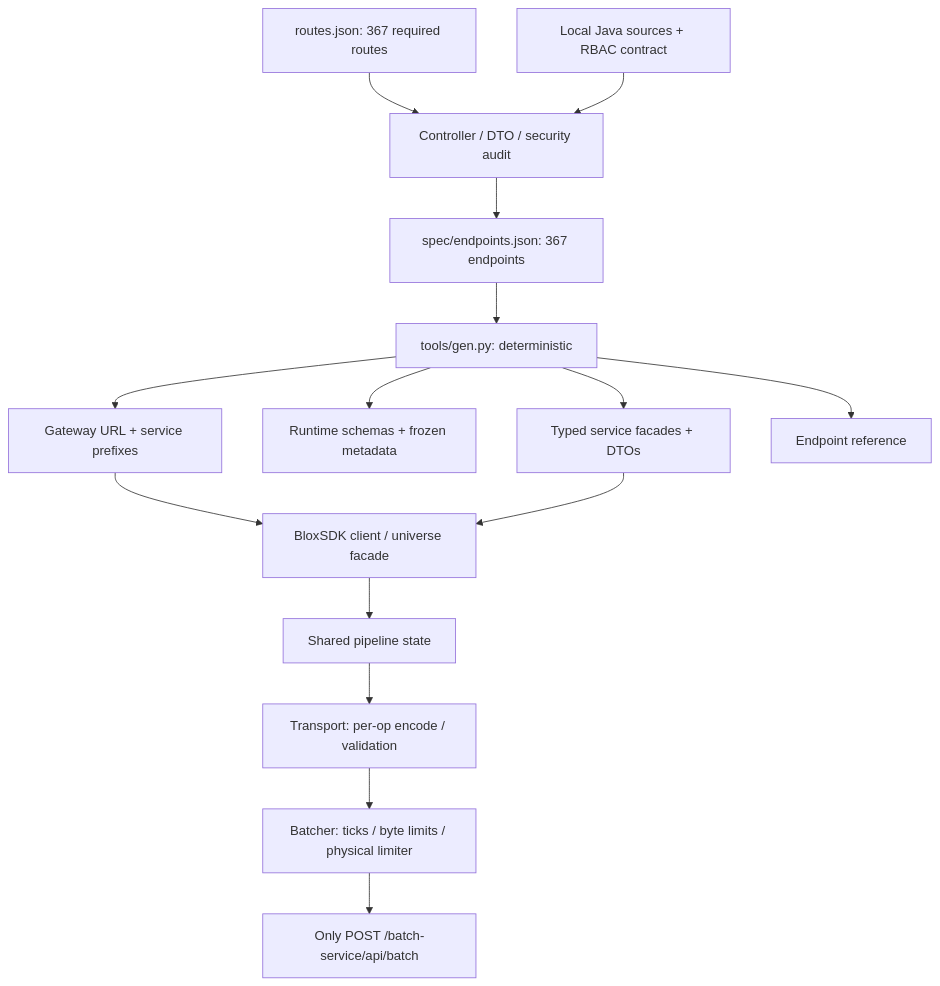
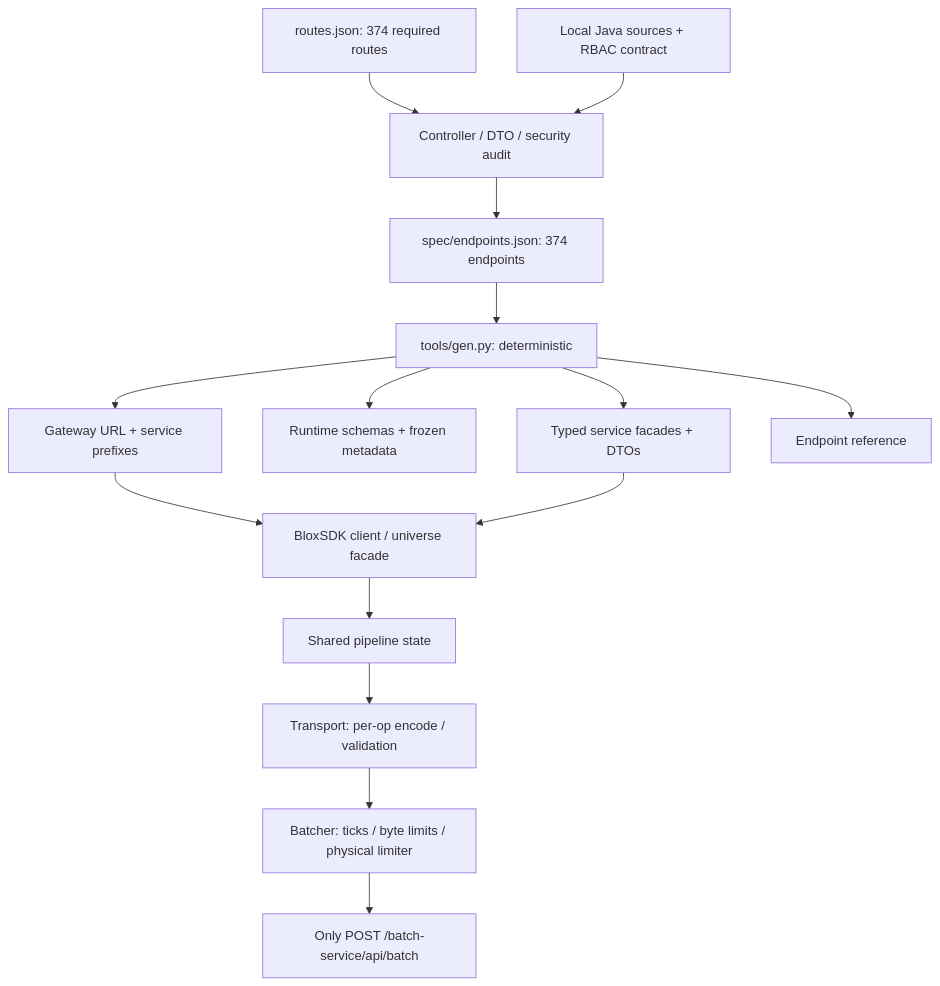
Before and after one commit to samjay22/blox-sdk: the second of 2 diagrams in docs/ARCHITECTURE.md, drawn with Mermaid. The commit also changed other lines of this file and 76 other files, not shown here.

````diff
--- a/docs/ARCHITECTURE.md
+++ b/docs/ARCHITECTURE.md
@@ -32,17 +32,17 @@
 ```mermaid
 flowchart TD
-  Routes[routes.json: 367 required routes] --> Audit[Controller / DTO / security audit]
+  Routes[routes.json: 374 required routes] --> Audit[Controller / DTO / security audit]
   Java[Local Java sources + RBAC contract] --> Audit
-  Audit --> Spec[spec/endpoints.json: 367 endpoints]
+  Audit --> Spec[spec/endpoints.json: 374 endpoints]
   Spec --> Generator[tools/gen.py: deterministic]
   Generator --> Services[Typed service facades + DTOs]
   Generator --> Schemas[Runtime schemas + frozen metadata]
   Generator --> Routing[Gateway URL + service prefixes]
   Routing --> Client
   Generator --> Reference[Endpoint reference]
   Services --> Client[BloxSDK client / universe facade]
   Client --> Pipeline[Shared pipeline state]
   Pipeline --> Transport[Transport: per-op encode / validation]
   Transport --> Batcher[Batcher: ticks / byte limits / physical limiter]
   Batcher --> Backend[Only POST /batch-service/api/batch]
 ```
````
